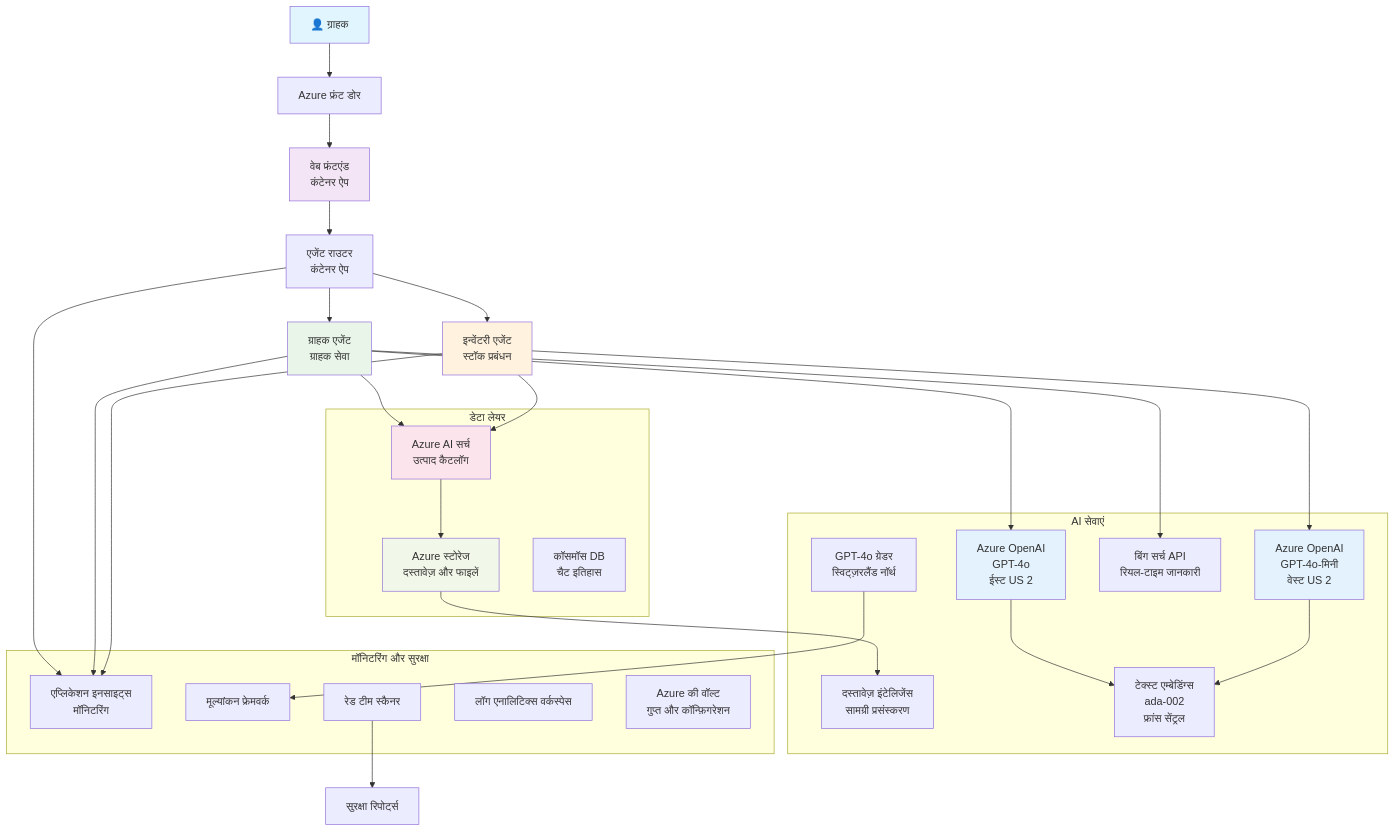
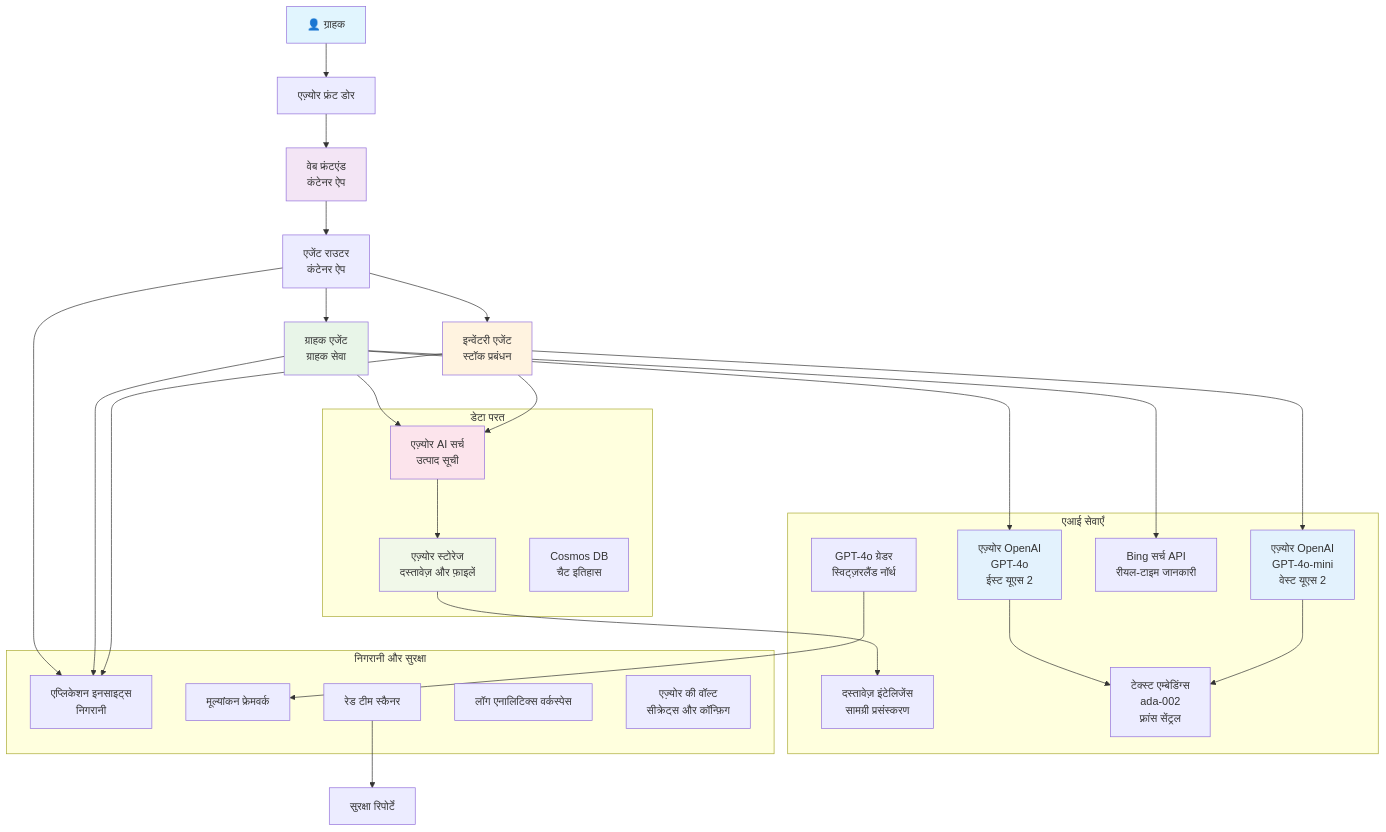
One commit to microsoft/AZD-for-beginners changed the diagram in translations/hi/examples/retail-scenario.md. Above: the diagram before and after it, drawn with Mermaid. The commit also changed other lines of this file and 242 other files, not shown here.

````diff
--- a/translations/hi/examples/retail-scenario.md
+++ b/translations/hi/examples/retail-scenario.md
@@ -148,61 +139,61 @@
 ```mermaid
 graph TB
-    User[👤 ग्राहक] --> LB[Azure फ्रंट डोर]
+    User[👤 ग्राहक] --> LB[एज़्योर फ्रंट डोर]
     LB --> WebApp[वेब फ्रंटएंड<br/>कंटेनर ऐप]
     
     WebApp --> Router[एजेंट राउटर<br/>कंटेनर ऐप]
     Router --> CustomerAgent[ग्राहक एजेंट<br/>ग्राहक सेवा]
     Router --> InvAgent[इन्वेंटरी एजेंट<br/>स्टॉक प्रबंधन]
     
-    CustomerAgent --> OpenAI1[Azure OpenAI<br/>GPT-4o<br/>ईस्ट US 2]
-    InvAgent --> OpenAI2[Azure OpenAI<br/>GPT-4o-मिनी<br/>वेस्ट US 2]
+    CustomerAgent --> OpenAI1[एज़्योर OpenAI<br/>GPT-4o<br/>ईस्ट यूएस 2]
+    InvAgent --> OpenAI2[एज़्योर OpenAI<br/>GPT-4o-mini<br/>वेस्ट यूएस 2]
     
-    CustomerAgent --> AISearch[Azure AI सर्च<br/>उत्पाद कैटलॉग]
-    CustomerAgent --> BingSearch[बिंग सर्च API<br/>रियल-टाइम जानकारी]
+    CustomerAgent --> AISearch[एज़्योर AI सर्च<br/>उत्पाद सूची]
+    CustomerAgent --> BingSearch[Bing सर्च API<br/>रीयल-टाइम जानकारी]
     InvAgent --> AISearch
     
-    AISearch --> Storage[Azure स्टोरेज<br/>दस्तावेज़ और फाइलें]
+    AISearch --> Storage[एज़्योर स्टोरेज<br/>दस्तावेज़ और फ़ाइलें]
     Storage --> DocIntel[दस्तावेज़ इंटेलिजेंस<br/>सामग्री प्रसंस्करण]
     
-    OpenAI1 --> Embeddings[टेक्स्ट एम्बेडिंग्स<br/>ada-002<br/>फ्रांस सेंट्रल]
+    OpenAI1 --> Embeddings[टेक्स्ट एम्बेडिंग्स<br/>ada-002<br/>फ़्रांस सेंट्रल]
     OpenAI2 --> Embeddings
     
-    Router --> AppInsights[एप्लिकेशन इनसाइट्स<br/>मॉनिटरिंग]
+    Router --> AppInsights[एप्लिकेशन इनसाइट्स<br/>निगरानी]
     CustomerAgent --> AppInsights
     InvAgent --> AppInsights
     
     GraderModel[GPT-4o ग्रेडर<br/>स्विट्ज़रलैंड नॉर्थ] --> Evaluation[मूल्यांकन फ्रेमवर्क]
-    RedTeam[रेड टीम स्कैनर] --> SecurityReports[सुरक्षा रिपोर्ट्स]
+    RedTeam[रेड टीम स्कैनर] --> SecurityReports[सुरक्षा रिपोर्टें]
     
-    subgraph "डेटा लेयर"
+    subgraph "डेटा परत"
         Storage
         AISearch
-        CosmosDB[कॉसमॉस DB<br/>चैट इतिहास]
+        CosmosDB[Cosmos DB<br/>चैट इतिहास]
     end
     
-    subgraph "AI सेवाएं"
+    subgraph "एआई सेवाएँ"
         OpenAI1
         OpenAI2
         Embeddings
         GraderModel
         DocIntel
         BingSearch
     end
     
-    subgraph "मॉनिटरिंग और सुरक्षा"
+    subgraph "निगरानी और सुरक्षा"
         AppInsights
         LogAnalytics[लॉग एनालिटिक्स वर्कस्पेस]
-        KeyVault[Azure की वॉल्ट<br/>गुप्त और कॉन्फ़िगरेशन]
+        KeyVault[एज़्योर की वॉल्ट<br/>सीक्रेट्स और कॉन्फ़िग]
         RedTeam
         Evaluation
     end
     
     style User fill:#e1f5fe
     style WebApp fill:#f3e5f5
     style CustomerAgent fill:#e8f5e8
     style InvAgent fill:#fff3e0
     style OpenAI1 fill:#e3f2fd
     style OpenAI2 fill:#e3f2fd
     style AISearch fill:#fce4ec
     style Storage fill:#f1f8e9
 ```
````
